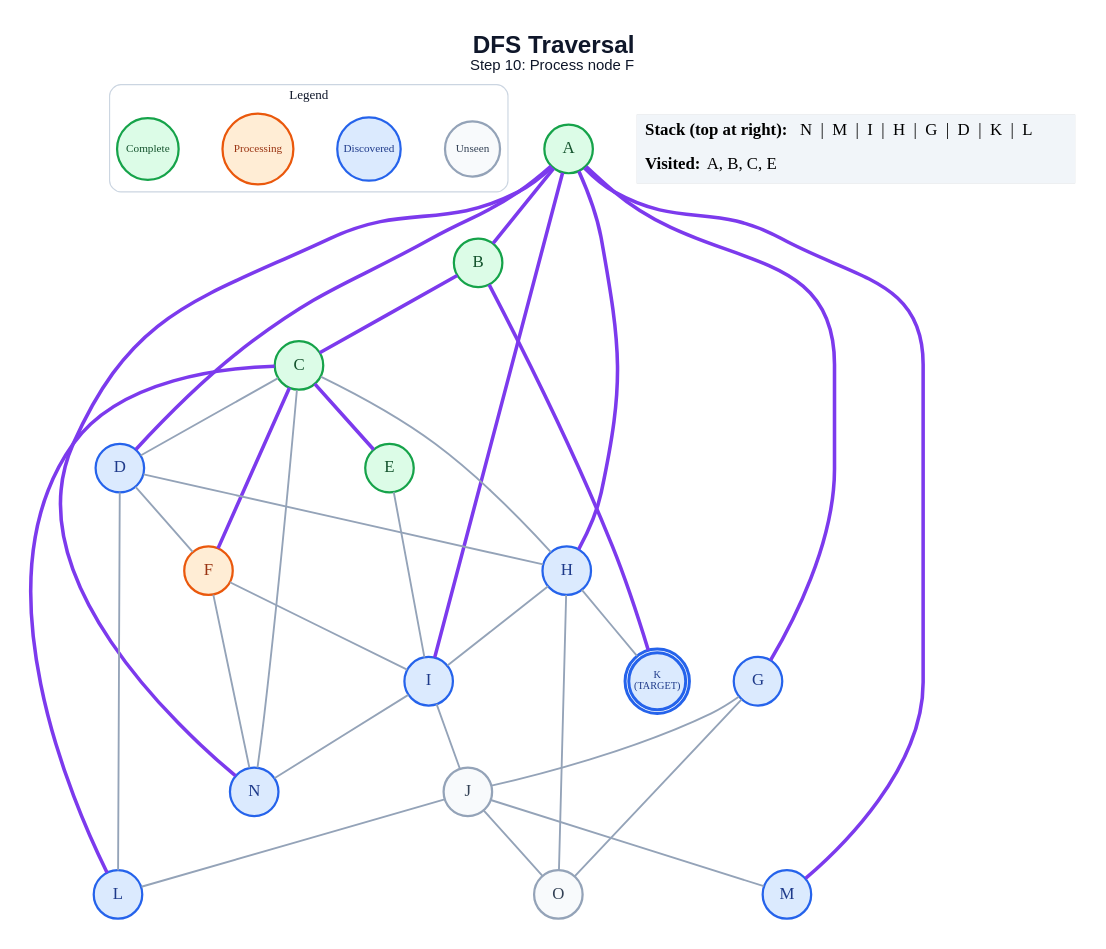
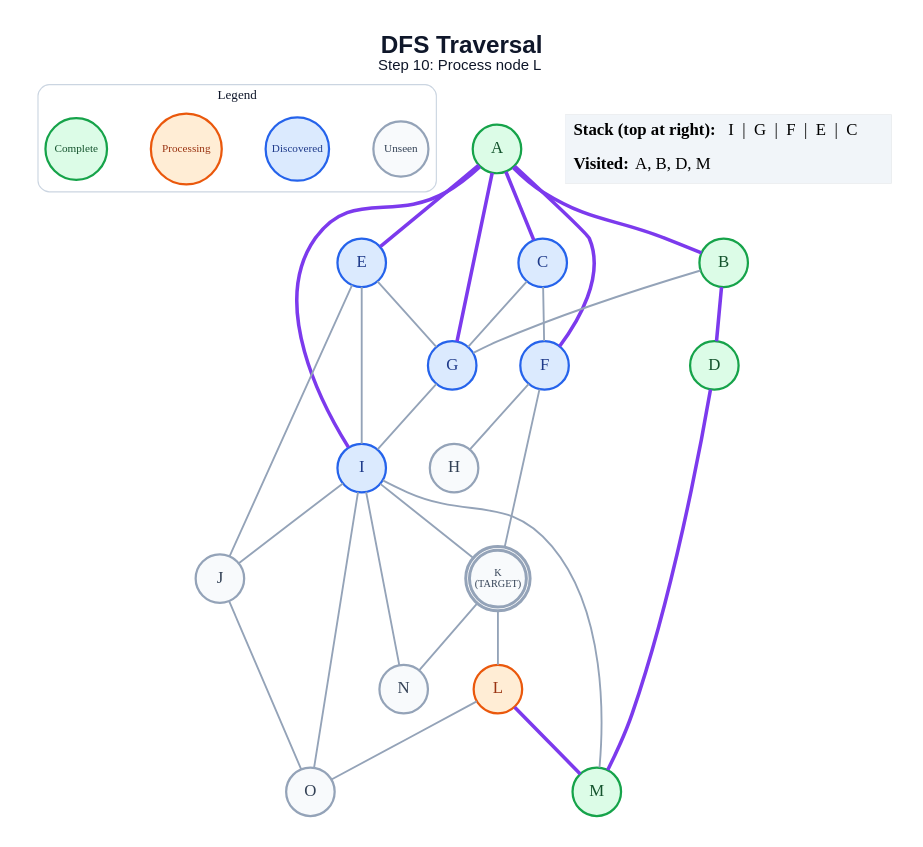
Before and after one commit to anon7238593-create/ai-slop: the diagram in generated/specific-node/dfs/step_10.dot, drawn with Graphviz. The commit also changed 225 other files, not shown here.

```diff
--- a/generated/specific-node/dfs/step_10.dot
+++ b/generated/specific-node/dfs/step_10.dot
@@ -1,65 +1,61 @@
 graph traversal {
   graph [layout=dot, rankdir=TB, bgcolor="#FFFFFF", pad="0.35", nodesep="0.65", ranksep="0.8", fontname="Arial"];
   node [shape=circle, style="filled", fontname="Arial Bold", fontsize=18, width=0.72, fixedsize=true, penwidth=2.4];
   edge [color="#94A3B8", penwidth=2.0];
-  label=<<B>DFS Traversal</B><BR/><FONT POINT-SIZE="16">Step 10: Process node F</FONT>>; labelloc="t"; fontsize=26; fontname="Arial"; fontcolor="#0F172A";
+  label=<<B>DFS Traversal</B><BR/><FONT POINT-SIZE="16">Step 10: Process node L</FONT>>; labelloc="t"; fontsize=26; fontname="Arial"; fontcolor="#0F172A";
   subgraph cluster_legend { label="Legend"; color="#CBD5E1"; penwidth=1.2; style="rounded"; fontsize=14; fontname="Arial Bold";
     key_unseen [label="Unseen", fillcolor="#F8FAFC", color="#94A3B8", fontcolor="#334155", fontsize=12, width=0.82];
     key_frontier [label="Discovered", fillcolor="#DBEAFE", color="#2563EB", fontcolor="#1E3A8A", fontsize=12, width=0.95];
     key_current [label="Processing", fillcolor="#FFEDD5", color="#EA580C", fontcolor="#9A3412", fontsize=12, width=1.05];
     key_done [label="Complete", fillcolor="#DCFCE7", color="#16A34A", fontcolor="#14532D", fontsize=12, width=0.92];
     { rank=same; key_unseen; key_frontier; key_current; key_done; }
   }
   A [label="A", fillcolor="#DCFCE7", color="#16A34A", fontcolor="#14532D", peripheries=1, penwidth=2.4];
   B [label="B", fillcolor="#DCFCE7", color="#16A34A", fontcolor="#14532D", peripheries=1, penwidth=2.4];
-  C [label="C", fillcolor="#DCFCE7", color="#16A34A", fontcolor="#14532D", peripheries=1, penwidth=2.4];
-  D [label="D", fillcolor="#DBEAFE", color="#2563EB", fontcolor="#1E3A8A", peripheries=1, penwidth=2.4];
-  E [label="E", fillcolor="#DCFCE7", color="#16A34A", fontcolor="#14532D", peripheries=1, penwidth=2.4];
-  F [label="F", fillcolor="#FFEDD5", color="#EA580C", fontcolor="#9A3412", peripheries=1, penwidth=2.4];
+  C [label="C", fillcolor="#DBEAFE", color="#2563EB", fontcolor="#1E3A8A", peripheries=1, penwidth=2.4];
+  D [label="D", fillcolor="#DCFCE7", color="#16A34A", fontcolor="#14532D", peripheries=1, penwidth=2.4];
+  E [label="E", fillcolor="#DBEAFE", color="#2563EB", fontcolor="#1E3A8A", peripheries=1, penwidth=2.4];
+  F [label="F", fillcolor="#DBEAFE", color="#2563EB", fontcolor="#1E3A8A", peripheries=1, penwidth=2.4];
   G [label="G", fillcolor="#DBEAFE", color="#2563EB", fontcolor="#1E3A8A", peripheries=1, penwidth=2.4];
-  H [label="H", fillcolor="#DBEAFE", color="#2563EB", fontcolor="#1E3A8A", peripheries=1, penwidth=2.4];
+  H [label="H", fillcolor="#F8FAFC", color="#94A3B8", fontcolor="#334155", peripheries=1, penwidth=2.4];
   I [label="I", fillcolor="#DBEAFE", color="#2563EB", fontcolor="#1E3A8A", peripheries=1, penwidth=2.4];
   J [label="J", fillcolor="#F8FAFC", color="#94A3B8", fontcolor="#334155", peripheries=1, penwidth=2.4];
-  K [label="K\n(TARGET)", fillcolor="#DBEAFE", color="#2563EB", fontcolor="#1E3A8A", peripheries=2, penwidth=3.2, fontsize=11, width=0.85, height=0.85];
-  L [label="L", fillcolor="#DBEAFE", color="#2563EB", fontcolor="#1E3A8A", peripheries=1, penwidth=2.4];
-  M [label="M", fillcolor="#DBEAFE", color="#2563EB", fontcolor="#1E3A8A", peripheries=1, penwidth=2.4];
-  N [label="N", fillcolor="#DBEAFE", color="#2563EB", fontcolor="#1E3A8A", peripheries=1, penwidth=2.4];
+  K [label="K\n(TARGET)", fillcolor="#F8FAFC", color="#94A3B8", fontcolor="#334155", peripheries=2, penwidth=3.2, fontsize=11, width=0.85, height=0.85];
+  L [label="L", fillcolor="#FFEDD5", color="#EA580C", fontcolor="#9A3412", peripheries=1, penwidth=2.4];
+  M [label="M", fillcolor="#DCFCE7", color="#16A34A", fontcolor="#14532D", peripheries=1, penwidth=2.4];
+  N [label="N", fillcolor="#F8FAFC", color="#94A3B8", fontcolor="#334155", peripheries=1, penwidth=2.4];
   O [label="O", fillcolor="#F8FAFC", color="#94A3B8", fontcolor="#334155", peripheries=1, penwidth=2.4];
   A -- B [color="#7C3AED", penwidth=3.8];
-  A -- D [color="#7C3AED", penwidth=3.8];
+  A -- C [color="#7C3AED", penwidth=3.8];
+  A -- E [color="#7C3AED", penwidth=3.8];
+  A -- F [color="#7C3AED", penwidth=3.8];
   A -- G [color="#7C3AED", penwidth=3.8];
-  A -- H [color="#7C3AED", penwidth=3.8];
   A -- I [color="#7C3AED", penwidth=3.8];
-  A -- M [color="#7C3AED", penwidth=3.8];
-  A -- N [color="#7C3AED", penwidth=3.8];
-  B -- C [color="#7C3AED", penwidth=3.8];
-  B -- K [color="#7C3AED", penwidth=3.8];
-  C -- D;
-  C -- E [color="#7C3AED", penwidth=3.8];
-  C -- F [color="#7C3AED", penwidth=3.8];
-  C -- H;
-  C -- L [color="#7C3AED", penwidth=3.8];
-  C -- N;
-  D -- F;
-  D -- H;
-  D -- L;
+  B -- D [color="#7C3AED", penwidth=3.8];
+  B -- G;
+  C -- F;
+  C -- G;
+  D -- M [color="#7C3AED", penwidth=3.8];
+  E -- G;
   E -- I;
-  F -- I;
-  F -- N;
-  G -- J;
-  G -- O;
-  H -- I;
-  H -- K;
-  H -- O;
+  E -- J;
+  F -- H;
+  F -- K;
+  G -- I;
   I -- J;
+  I -- K;
+  I -- M;
   I -- N;
-  J -- L;
-  J -- M;
+  I -- O;
   J -- O;
+  K -- L;
+  K -- N;
+  L -- M [color="#7C3AED", penwidth=3.8];
+  L -- O;
   status [shape=plain, fixedsize=false, width=0, height=0, margin=0, label=<
     <TABLE BORDER="0" CELLBORDER="0" CELLPADDING="7" BGCOLOR="#F1F5F9">
-      <TR><TD ALIGN="LEFT"><B>Stack (top at right):</B> N  |  M  |  I  |  H  |  G  |  D  |  K  |  L</TD></TR>
-      <TR><TD ALIGN="LEFT"><B>Visited:</B> A, B, C, E</TD></TR>
+      <TR><TD ALIGN="LEFT"><B>Stack (top at right):</B> I  |  G  |  F  |  E  |  C</TD></TR>
+      <TR><TD ALIGN="LEFT"><B>Visited:</B> A, B, D, M</TD></TR>
     </TABLE>
   >];
 }
```
